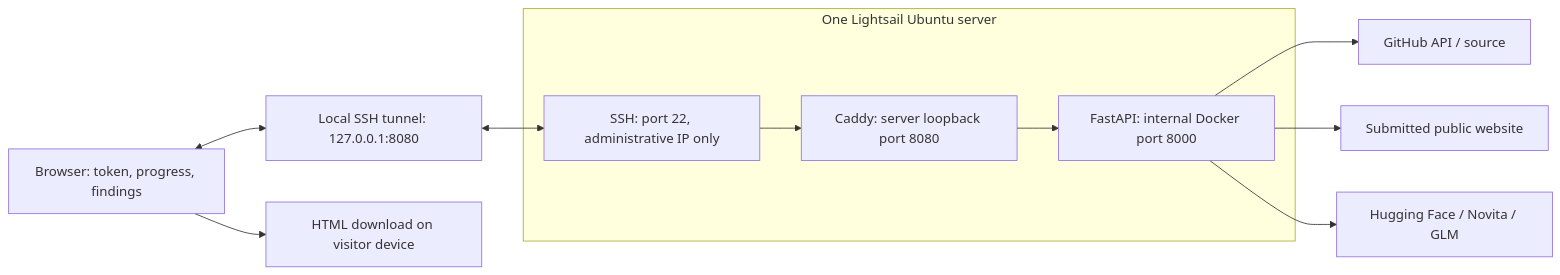
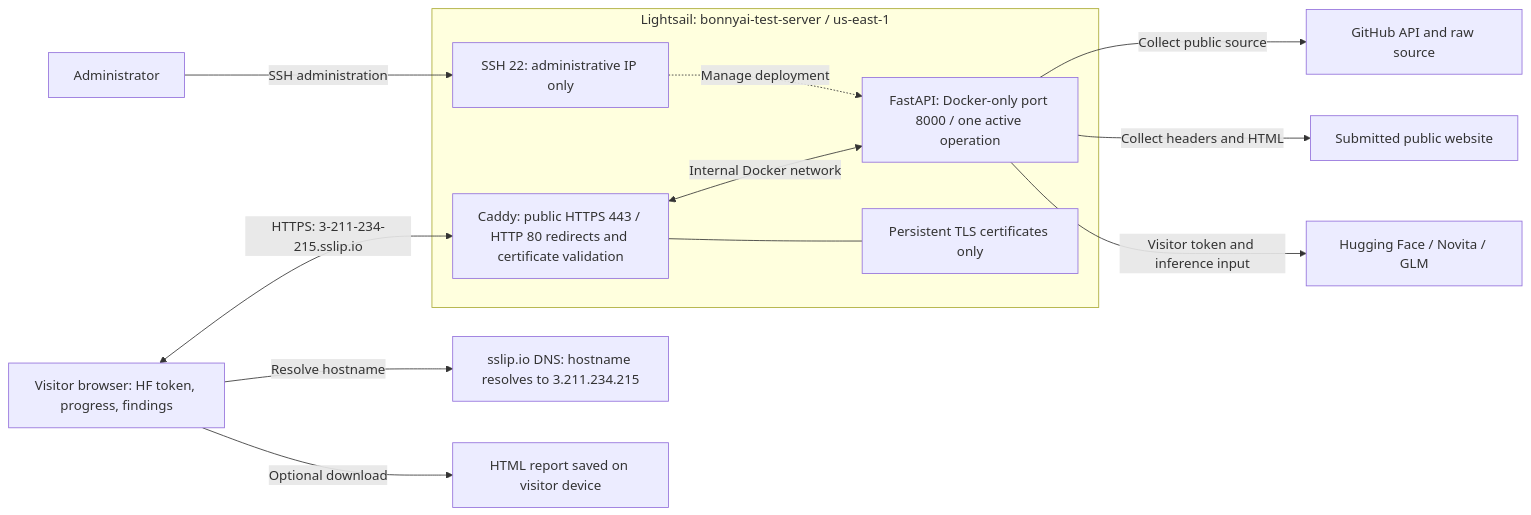
The diagram in README.md (samwassef/BonnyAI-SAST), drawn with Mermaid before and after one commit. The commit also changed other lines of this file and 1 other file, not shown here.

Commit message:
Document public HTTPS deployment and update architecture

````diff
--- a/README.md
+++ b/README.md
@@ -116,17 +129,23 @@
 ```mermaid
 flowchart LR
-    Browser["Browser: token, progress, findings"]
-    Tunnel["Local SSH tunnel: 127.0.0.1:8080"]
-    Download["HTML download on visitor device"]
-    subgraph AWS["One Lightsail Ubuntu server"]
-        SSH["SSH: port 22, administrative IP only"]
-        Caddy["Caddy: server loopback port 8080"]
-        App["FastAPI: internal Docker port 8000"]
-        SSH --> Caddy --> App
+    Browser["Visitor browser: HF token, progress, findings"]
+    DNS["sslip.io DNS: hostname resolves to 3.211.234.215"]
+    Download["HTML report saved on visitor device"]
+    Admin["Administrator"]
+    subgraph AWS["Lightsail: bonnyai-test-server / us-east-1"]
+        Caddy["Caddy: public HTTPS 443 / HTTP 80 redirects and certificate validation"]
+        App["FastAPI: Docker-only port 8000 / one active operation"]
+        Certificates["Persistent TLS certificates only"]
+        SSH["SSH 22: administrative IP only"]
+        Caddy <-->|"Internal Docker network"| App
+        Caddy --- Certificates
+        SSH -.->|"Manage deployment"| App
     end
-    Browser <--> Tunnel <--> SSH
-    Browser --> Download
-    App --> GitHub["GitHub API / source"]
-    App --> Website["Submitted public website"]
-    App --> HF["Hugging Face / Novita / GLM"]
+    Browser -->|"Resolve hostname"| DNS
+    Browser <-->|"HTTPS: 3-211-234-215.sslip.io"| Caddy
+    Browser -->|"Optional download"| Download
+    Admin -->|"SSH administration"| SSH
+    App -->|"Collect public source"| GitHub["GitHub API and raw source"]
+    App -->|"Collect headers and HTML"| Website["Submitted public website"]
+    App -->|"Visitor token and inference input"| HF["Hugging Face / Novita / GLM"]
 ```
````
